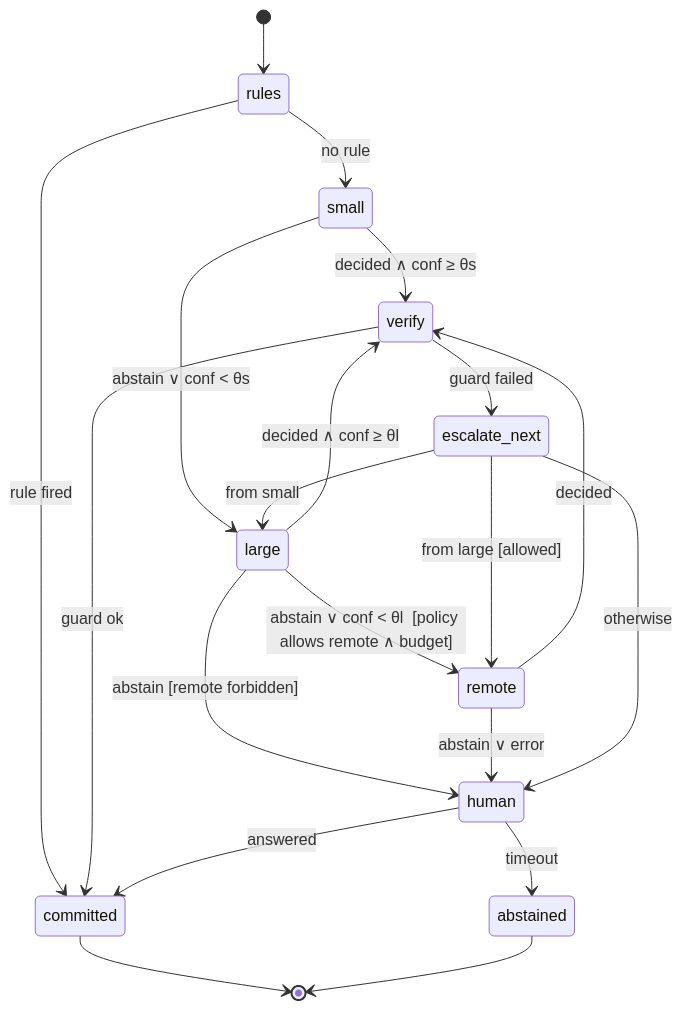
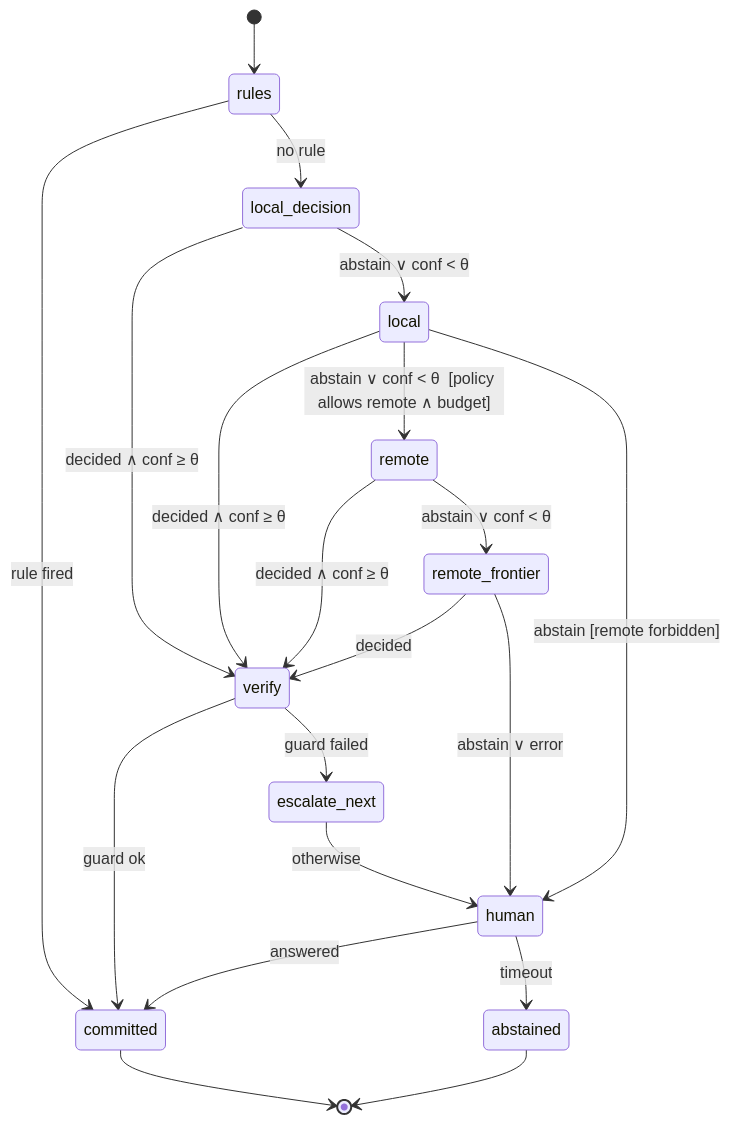
Before and after one commit to romeroabelleira/xeito: the first of 2 diagrams in docs/architecture/04-delegation.md, drawn with Mermaid. The commit also changed other lines of this file and 55 other files, not shown here.

````diff
--- a/docs/architecture/04-delegation.md
+++ b/docs/architecture/04-delegation.md
@@ -17,22 +17,22 @@
 ```mermaid
 stateDiagram-v2
   [*] --> rules
   rules --> committed: rule fired
-  rules --> small: no rule
-  small --> verify: decided ∧ conf ≥ θs
-  small --> large: abstain ∨ conf < θs
-  large --> verify: decided ∧ conf ≥ θl
-  large --> remote: abstain ∨ conf < θl  [policy allows remote ∧ budget]
-  large --> human: abstain  [remote forbidden]
-  remote --> verify: decided
-  remote --> human: abstain ∨ error
+  rules --> local_decision: no rule
+  local_decision --> verify: decided ∧ conf ≥ θ
+  local_decision --> local: abstain ∨ conf < θ
+  local --> verify: decided ∧ conf ≥ θ
+  local --> remote: abstain ∨ conf < θ  [policy allows remote ∧ budget]
+  local --> human: abstain  [remote forbidden]
+  remote --> verify: decided ∧ conf ≥ θ
+  remote --> remote_frontier: abstain ∨ conf < θ
+  remote_frontier --> verify: decided
+  remote_frontier --> human: abstain ∨ error
   verify --> committed: guard ok
   verify --> escalate_next: guard failed
-  escalate_next --> large: from small
-  escalate_next --> remote: from large [allowed]
   escalate_next --> human: otherwise
   human --> committed: answered
   human --> abstained: timeout
   committed --> [*]
   abstained --> [*]
 ```
````
